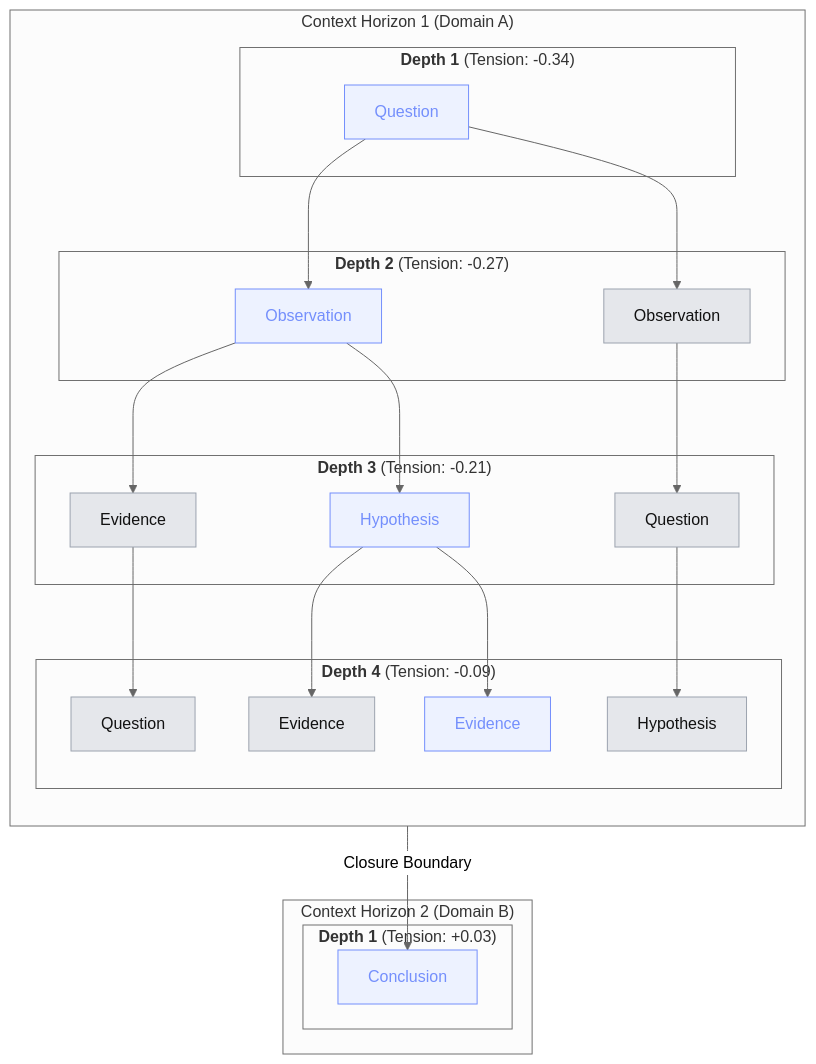
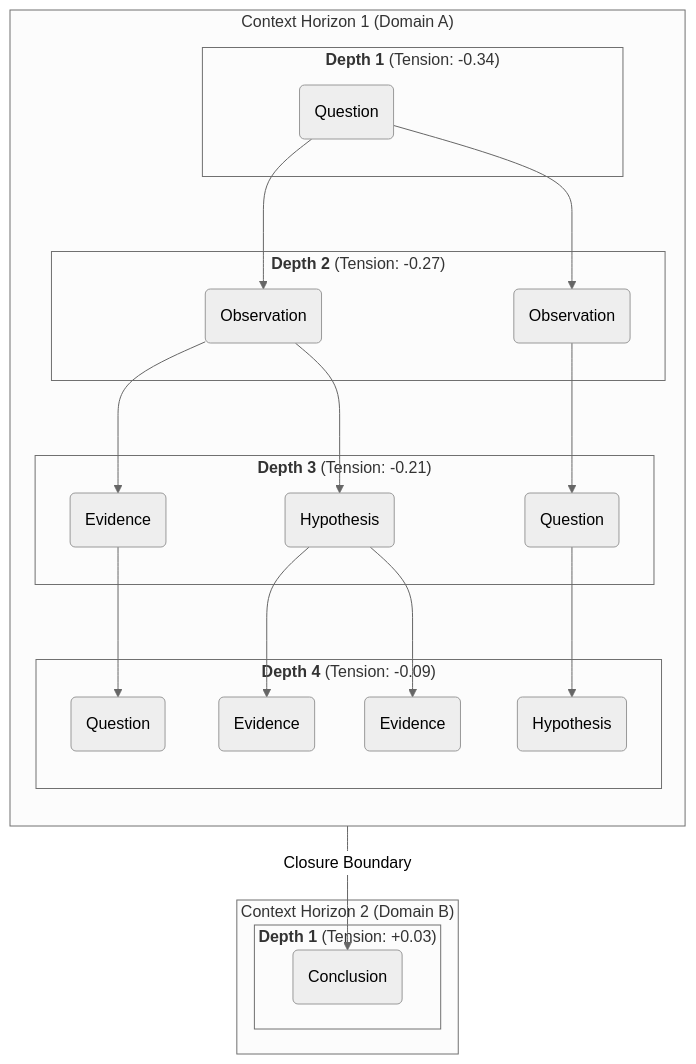
One commit to clairemira/miranova changed the second of 13 diagrams in content/commons.mdx. Above: the diagram before and after it, drawn with Mermaid. The commit also changed other lines of this file and 23 other files, not shown here.

Commit message:
Added dark mode support for mermaid nodes

````diff
--- a/content/commons.mdx
+++ b/content/commons.mdx
@@ -304,61 +280,56 @@
 ```mermaid
 ---
 config:
   flowchart:
     curve: basis
   theme: neutral
 ---
 graph TD
 
   subgraph CH1["Context Horizon 1 (Domain A)"]
     direction TB
 
     subgraph D0["<strong>Depth 1</strong> (Tension: -0.34)"]
-      A["Question"]
+      A("Question"):::committal
     end
 
     subgraph D1["<strong>Depth 2</strong> (Tension: -0.27)"]
-      B["Observation"]
-      C["Observation"]
+      B("Observation"):::committal
+      C("Observation")
     end
 
     subgraph D2["<strong>Depth 3</strong> (Tension: -0.21)"]
-      D["Evidence"]
-      E["Hypothesis"]
-      F["Question"]
+      D("Evidence")
+      E("Hypothesis"):::committal
+      F("Question")
     end
 
     subgraph D3["<strong>Depth 4</strong> (Tension: -0.09)"]
-      G["Question"]
-      H["Evidence"]
-      I["Evidence"]
-      J["Hypothesis"]
+      G("Question")
+      H("Evidence")
+      I("Evidence"):::committal
+      J("Hypothesis")
     end
 
     A --> B
     A --> C
 
     B --> D
     B --> E
     C --> F
 
     D --> G
     E --> H
     E --> I
     F --> J
   end
 
   subgraph CH2["Context Horizon 2 (Domain B)"]
     subgraph D4["<strong>Depth 1</strong> (Tension: +0.03)"]
-      K["Conclusion"]
+      K("Conclusion"):::committal
     end
   end
 
   I -->|"Closure Boundary"| K
 
-  class A,B,E,I,K longestPath
-  class D,F,G,H,J,C otherNode
-
-  classDef longestPath fill:#edf2ff,stroke:#748ffc,color:#748ffc
-  classDef otherNode fill:#e5e7eb,stroke:#9ca3af,color:#111
 ```
````
